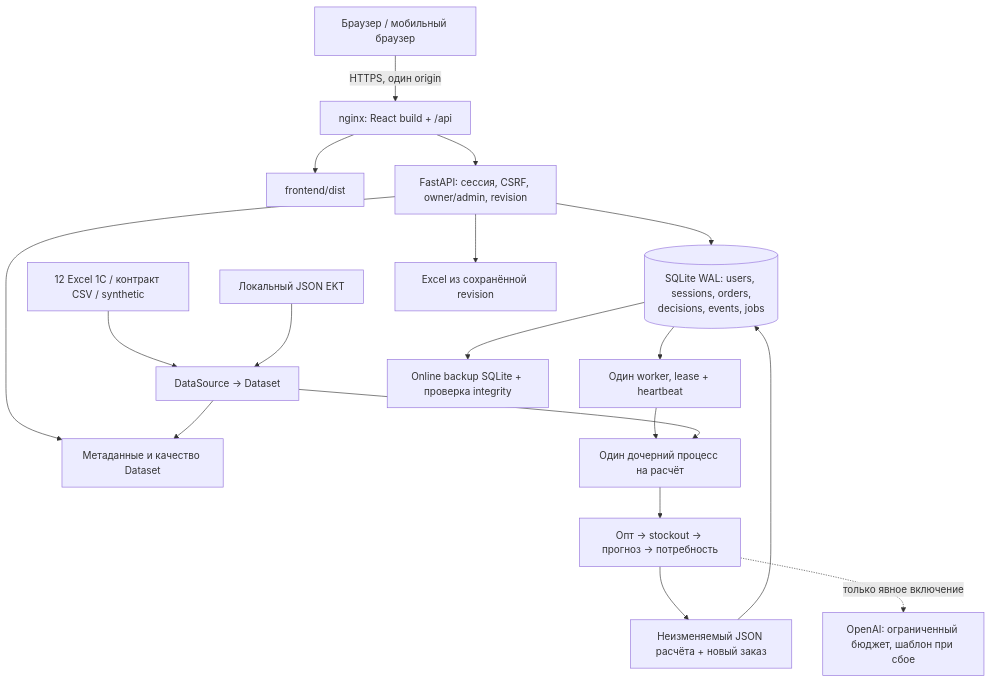
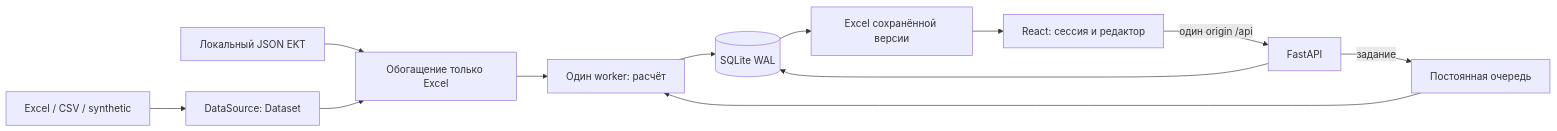
The first of 2 diagrams in docs/АРХИТЕКТУРА.md (BAITC-Hacks/hack-a84ff6d0-hubtech), drawn with Mermaid before and after one commit. The commit also changed other lines of this file and 15 other files, not shown here.

````diff
--- a/docs/АРХИТЕКТУРА.md
+++ b/docs/АРХИТЕКТУРА.md
@@ -7,20 +20,14 @@
 ```mermaid
-flowchart TD
-    B["Браузер / мобильный браузер"] -->|HTTPS, один origin| N["nginx: React build + /api"]
-    N --> UI["frontend/dist"]
-    N --> API["FastAPI: сессия, CSRF, owner/admin, revision"]
-    API --> DB[("SQLite WAL: users, sessions, orders,<br/>decisions, events, jobs")]
-    API --> META["Метаданные и качество Dataset"]
-    FILES["12 Excel 1С / контракт CSV / synthetic"] --> ADAPTER["DataSource → Dataset"]
-    EKT["Локальный JSON EKT"] --> ADAPTER
-    ADAPTER --> META
-    DB --> W["Один worker, lease + heartbeat"]
-    W --> CHILD["Один дочерний процесс на расчёт"]
-    ADAPTER --> CHILD
-    CHILD --> ENGINE["Опт → stockout → прогноз → потребность"]
-    ENGINE --> RESULT["Неизменяемый JSON расчёта + новый заказ"]
-    RESULT --> DB
-    ENGINE -.->|только явное включение| LLM["OpenAI: ограниченный бюджет, шаблон при сбое"]
-    API --> XLSX["Excel из сохранённой revision"]
-    DB --> BACKUP["Online backup SQLite + проверка integrity"]
+flowchart LR
+    F[Excel / CSV / synthetic] --> D[DataSource: Dataset]
+    J[Локальный JSON EKT] --> E[Обогащение только Excel]
+    D --> E
+    E --> W[Один worker: расчёт]
+    W --> DB[(SQLite WAL)]
+    UI[React: сессия и редактор] -->|один origin /api| API[FastAPI]
+    API --> DB
+    API -->|задание| Q[Постоянная очередь]
+    Q --> W
+    DB --> X[Excel сохранённой версии]
+    X --> UI
 ```
````
